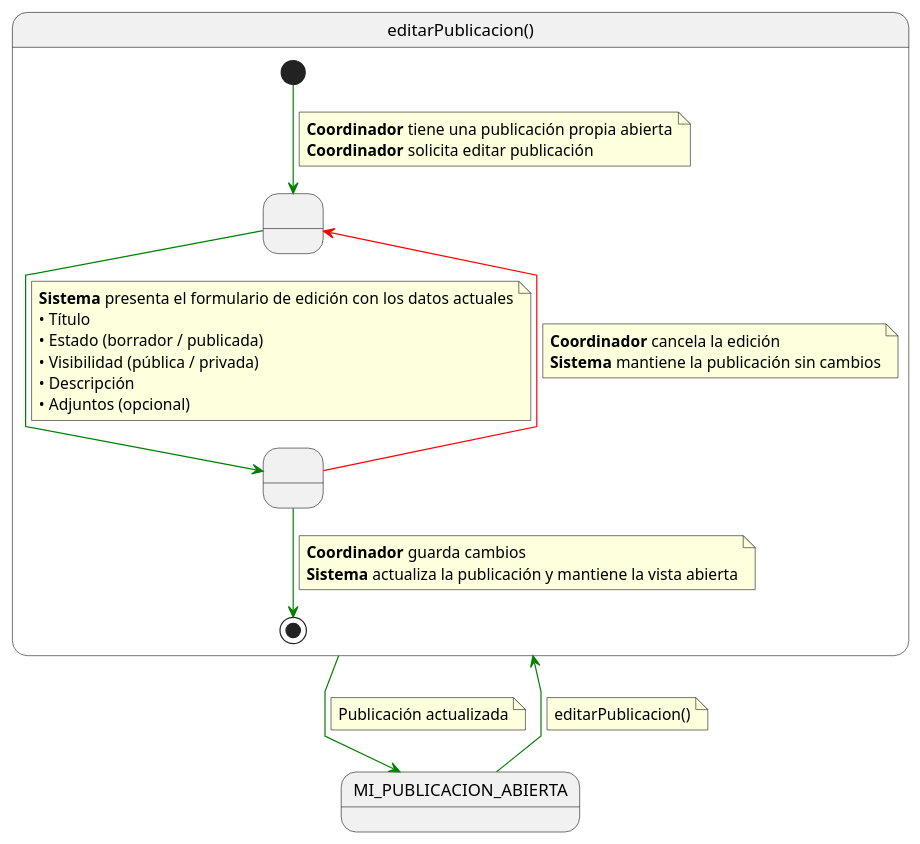
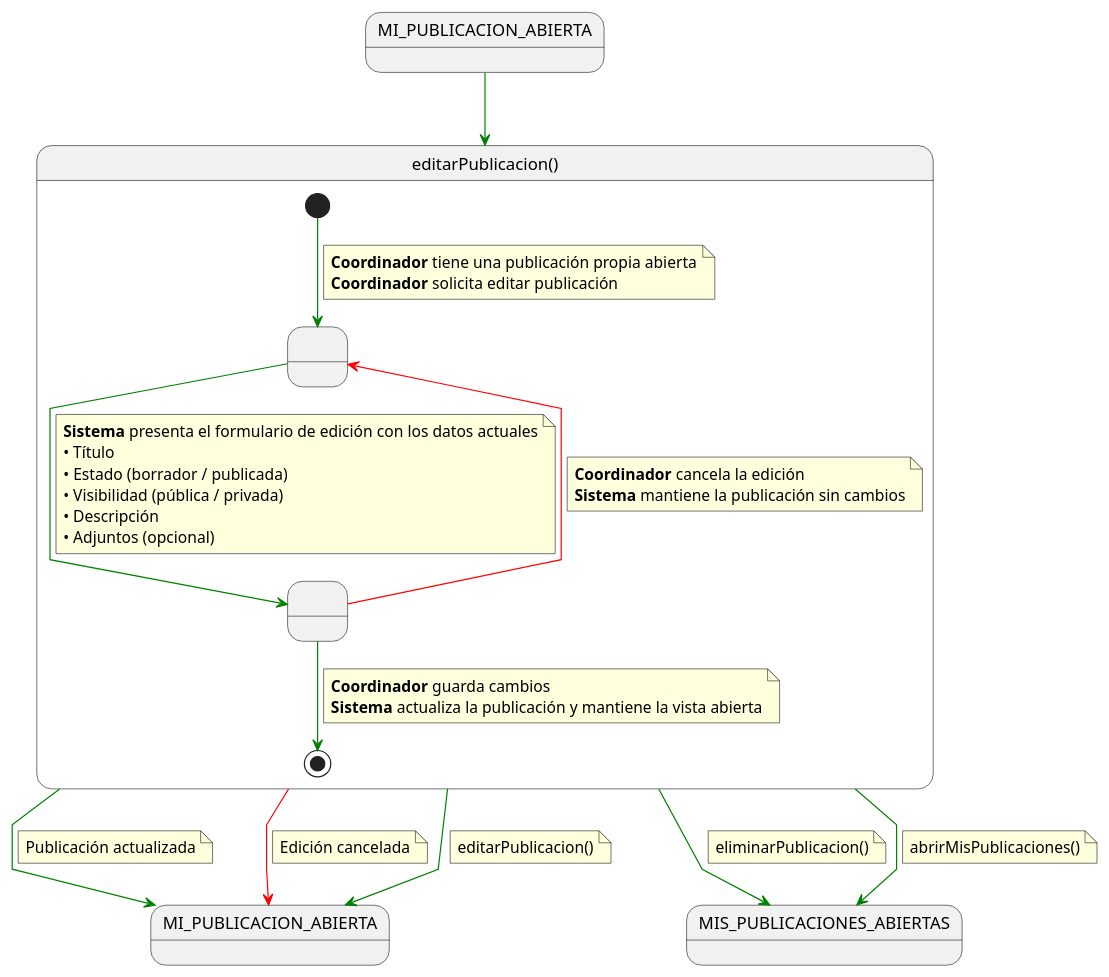
One commit to 31Diego/25-26-IdSw1-SdR changed the diagram in documents/casosDeUso/detalle/coordinador/08-mis-publicaciones/editarPublicacion/editarPublicacion.puml. Above: the diagram before and after it, drawn with PlantUML. The commit also changed 69 other files, not shown here.

```diff
--- a/documents/casosDeUso/detalle/coordinador/08-mis-publicaciones/editarPublicacion/editarPublicacion.puml
+++ b/documents/casosDeUso/detalle/coordinador/08-mis-publicaciones/editarPublicacion/editarPublicacion.puml
@@ -1,49 +1,66 @@
 @startuml editarPublicacion
+skinparam linetype polyline
 
-skinparam linetype polyline
+state in1 as "MI_PUBLICACION_ABIERTA"
+in1 -[#green]-> editarPublicacion
 
 state editarPublicacion as "editarPublicacion()" {
 
     state " " as MostrandoPublicacion
     state " " as EditandoDatos
 
     [*] -[#green]-> MostrandoPublicacion
     note on link
     <b>Coordinador</b> tiene una publicación propia abierta
     <b>Coordinador</b> solicita editar publicación
     end note
 
     MostrandoPublicacion -[#green]-> EditandoDatos
     note on link
     <b>Sistema</b> presenta el formulario de edición con los datos actuales
     • Título
     • Estado (borrador / publicada)
     • Visibilidad (pública / privada)
     • Descripción
     • Adjuntos (opcional)
     end note
 
     EditandoDatos -[#green]-> [*]
     note on link
     <b>Coordinador</b> guarda cambios
     <b>Sistema</b> actualiza la publicación y mantiene la vista abierta
     end note
 
     EditandoDatos -[#red]-> MostrandoPublicacion
     note on link
     <b>Coordinador</b> cancela la edición
     <b>Sistema</b> mantiene la publicación sin cambios
     end note
 }
 
-MI_PUBLICACION_ABIERTA -[#green]-> editarPublicacion
-note on link
-editarPublicacion()
-end note
-
 editarPublicacion -[#green]-> MI_PUBLICACION_ABIERTA
 note on link
 Publicación actualizada
 end note
 
+editarPublicacion -[#red]-> MI_PUBLICACION_ABIERTA
+note on link
+Edición cancelada
+end note
+
+editarPublicacion -[#green]-> MI_PUBLICACION_ABIERTA
+note on link
+editarPublicacion()
+end note
+
+editarPublicacion -[#green]-> MIS_PUBLICACIONES_ABIERTAS
+note on link
+eliminarPublicacion()
+end note
+
+editarPublicacion -[#green]-> MIS_PUBLICACIONES_ABIERTAS
+note on link
+abrirMisPublicaciones()
+end note
+
 @enduml
```
